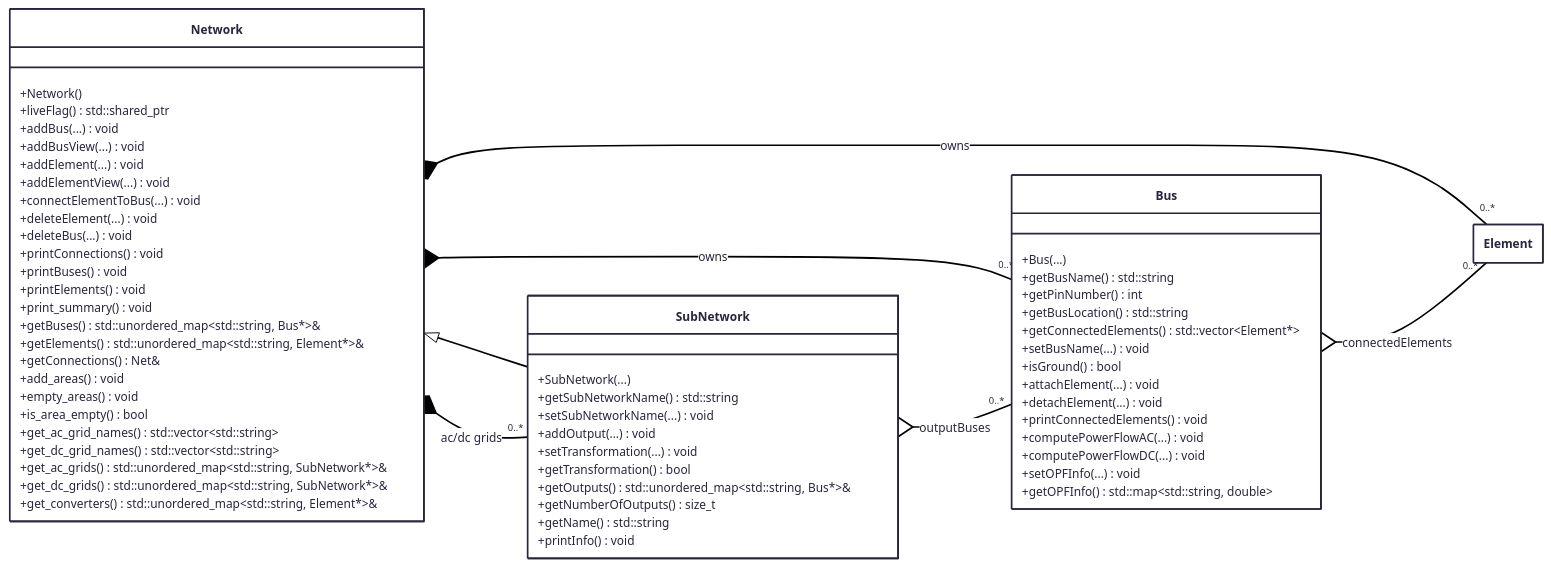
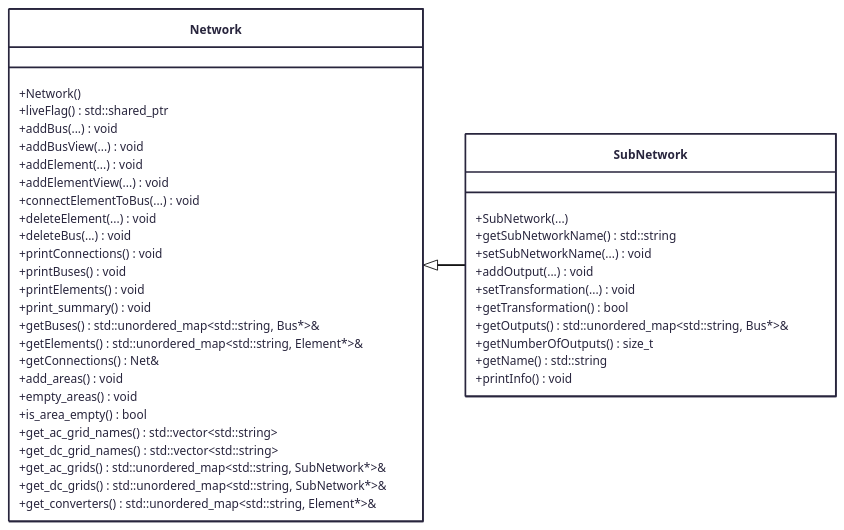
The eighth of 14 diagrams in class_diagram.md (yiquintero/tmp), drawn with Mermaid before and after one commit.

Commit message:
Revise class diagram for Bus and cleanup
Updated class diagram for Bus and removed redundant class Element.

````diff
--- a/class_diagram.md
+++ b/class_diagram.md
@@ -284,76 +284,50 @@
 ```mermaid
 ---
 config:
   theme: redux-color
   class:
     hideEmptyMembersBox: true
 ---
 classDiagram
   direction LR
   class Network {
       +Network()
       +liveFlag() std::shared_ptr
       +addBus(...) void
       +addBusView(...) void
       +addElement(...) void
       +addElementView(...) void
       +connectElementToBus(...) void
       +deleteElement(...) void
       +deleteBus(...) void
       +printConnections() void
       +printBuses() void
       +printElements() void
       +print_summary() void
       +getBuses() std::unordered_map~std::string, Bus*~&
       +getElements() std::unordered_map~std::string, Element*~&
       +getConnections() Net&
       +add_areas() void
       +empty_areas() void
       +is_area_empty() bool
       +get_ac_grid_names() std::vector~std::string~
       +get_dc_grid_names() std::vector~std::string~
       +get_ac_grids() std::unordered_map~std::string, SubNetwork*~&
       +get_dc_grids() std::unordered_map~std::string, SubNetwork*~&
       +get_converters() std::unordered_map~std::string, Element*~&
   }
 
   class SubNetwork {
       +SubNetwork(...)
       +getSubNetworkName() std::string
       +setSubNetworkName(...) void
       +addOutput(...) void
       +setTransformation(...) void
       +getTransformation() bool
       +getOutputs() std::unordered_map~std::string, Bus*~&
       +getNumberOfOutputs() size_t
       +getName() std::string
       +printInfo() void
   }
-
-  class Bus {
-      +Bus(...)
-      +getBusName() std::string
-      +getPinNumber() int
-      +getBusLocation() std::string
-      +getConnectedElements() std::vector~Element*~
-      +setBusName(...) void
-      +isGround() bool
-      +attachElement(...) void
-      +detachElement(...) void
-      +printConnectedElements() void
-      +computePowerFlowAC(...) void
-      +computePowerFlowDC(...) void
-      +setOPFInfo(...) void
-      +getOPFInfo() std::map~std::string, double~
-  }
-
-  class Element
-
   Network <|-- SubNetwork
-  Network *-- "0..*" Bus : owns
-  Network *-- "0..*" Element : owns
-  Network *-- "0..*" SubNetwork : ac/dc grids
-  SubNetwork o-- "0..*" Bus : outputBuses
-  Bus o-- "0..*" Element : connectedElements
-
 ```
````
